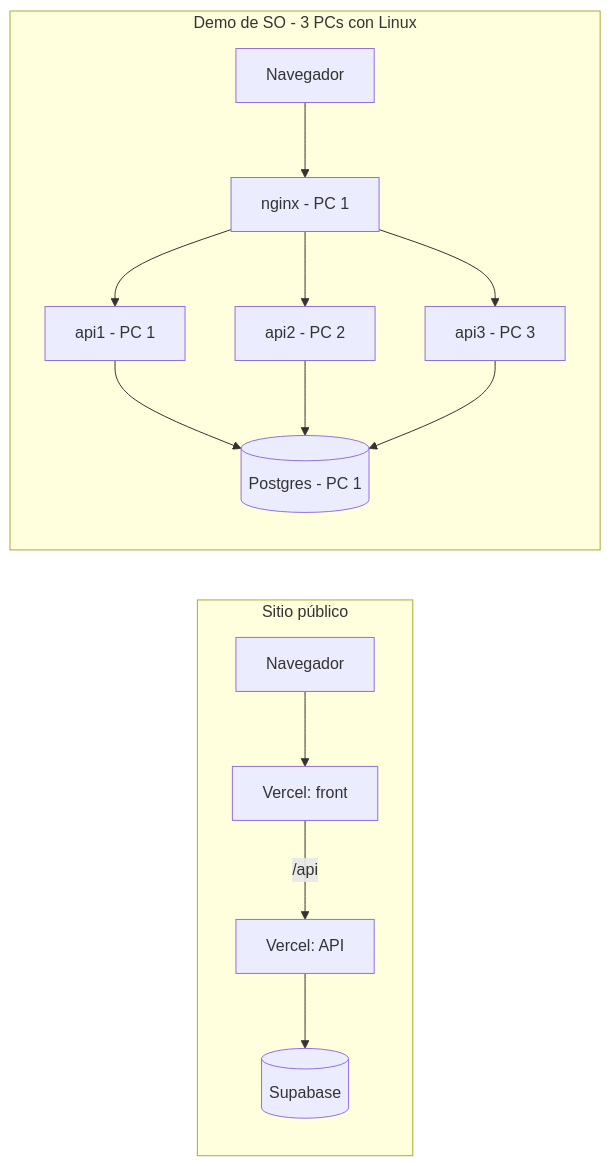
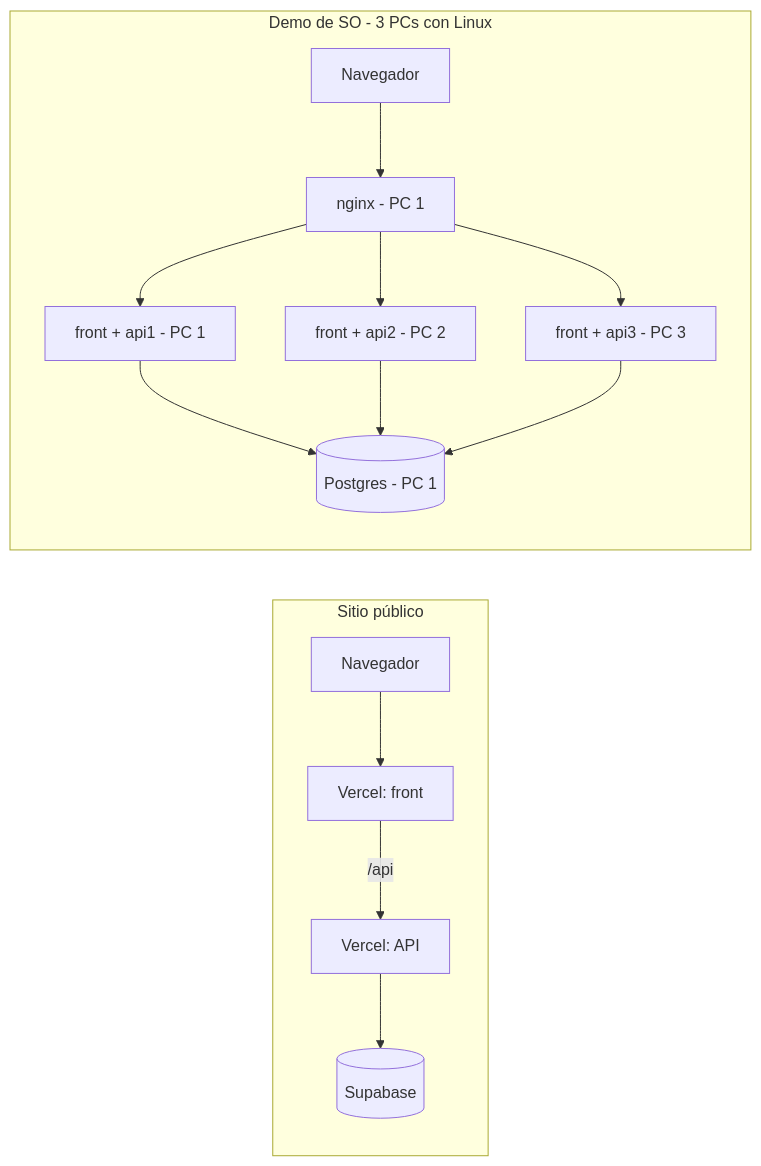
The diagram in docs/comun/infraestructura.md (salmaguiarr514/Trabajo-Integrador-Intermaterias-LBZ), drawn with Mermaid before and after one commit. The commit also changed other lines of this file and 12 other files, not shown here.

````diff
--- a/docs/comun/infraestructura.md
+++ b/docs/comun/infraestructura.md
@@ -19,17 +19,17 @@
 ```mermaid
 flowchart LR
     subgraph Publico [Sitio público]
         U[Navegador] --> VF[Vercel: front]
         VF -->|/api| VA[Vercel: API]
         VA --> SB[(Supabase)]
     end
     subgraph Demo [Demo de SO - 3 PCs con Linux]
         N[Navegador] --> NG[nginx - PC 1]
-        NG --> A1[api1 - PC 1]
-        NG --> A2[api2 - PC 2]
-        NG --> A3[api3 - PC 3]
+        NG --> A1[front + api1 - PC 1]
+        NG --> A2[front + api2 - PC 2]
+        NG --> A3[front + api3 - PC 3]
         A1 --> DB[(Postgres - PC 1)]
         A2 --> DB
         A3 --> DB
     end
 ```
````
